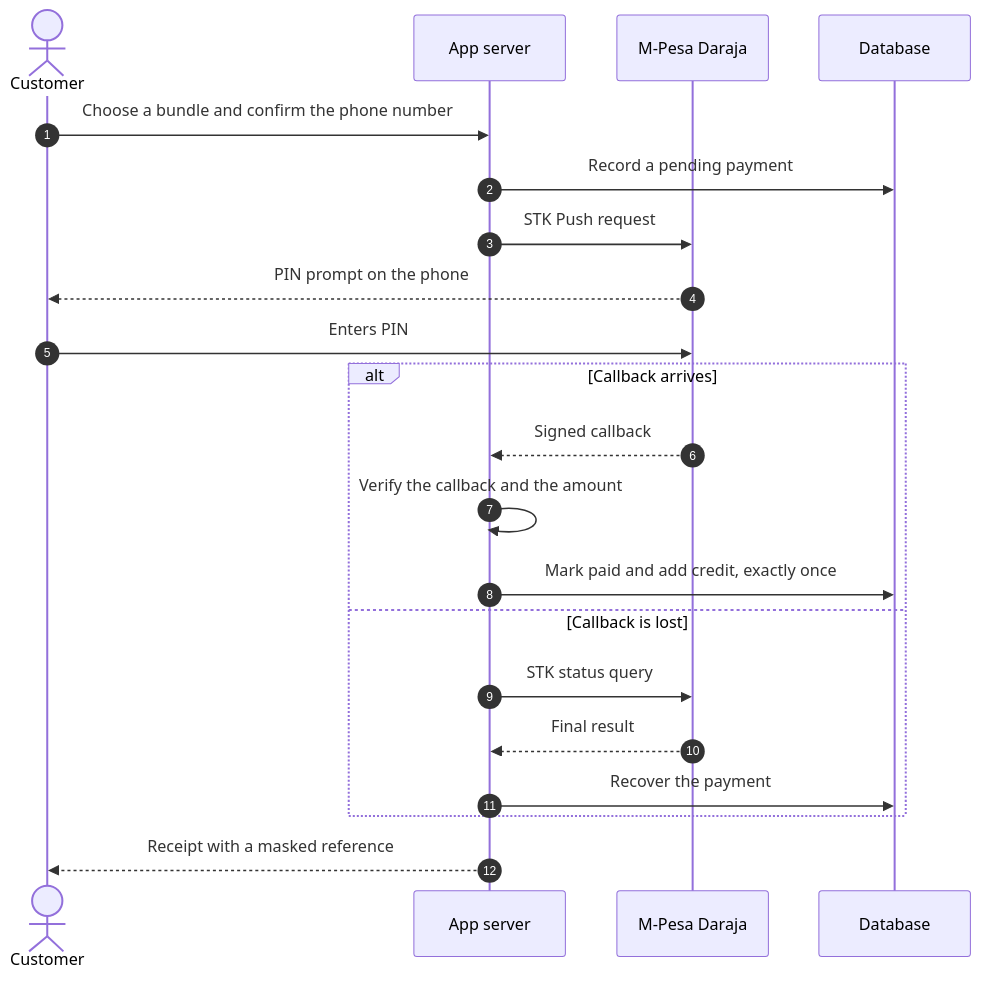
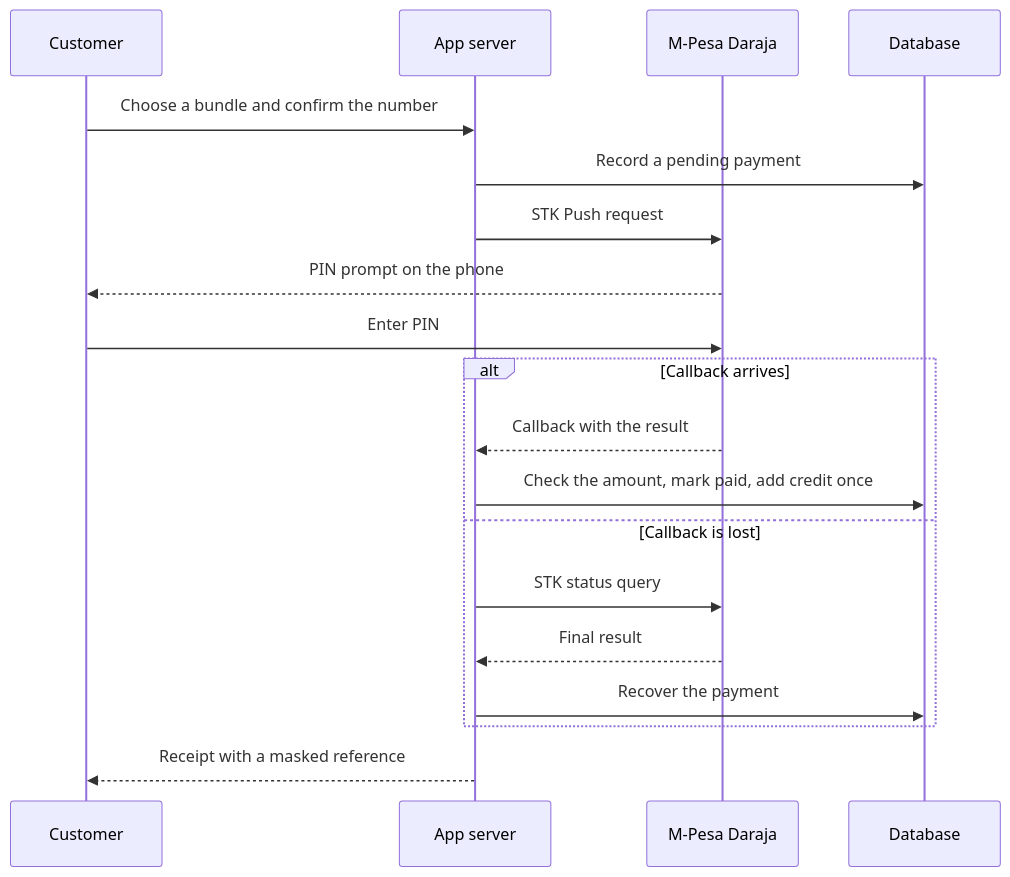
The fourth of 4 diagrams in README.md (MWANZIAMUTINDA/MWANZIAMUTINDA), drawn with Mermaid before and after one commit. The commit also changed other lines of this file, not shown here.

Commit message:
docs: simplify the payment diagram and steady the stats card

````diff
--- a/README.md
+++ b/README.md
@@ -115,23 +115,21 @@
 ```mermaid
 sequenceDiagram
-    autonumber
-    actor U as Customer
+    participant U as Customer
     participant A as App server
-    participant D as M-Pesa Daraja
-    participant DB as Database
-    U->>A: Choose a bundle and confirm the phone number
-    A->>DB: Record a pending payment
-    A->>D: STK Push request
-    D-->>U: PIN prompt on the phone
-    U->>D: Enters PIN
+    participant M as M-Pesa Daraja
+    participant S as Database
+    U->>A: Choose a bundle and confirm the number
+    A->>S: Record a pending payment
+    A->>M: STK Push request
+    M-->>U: PIN prompt on the phone
+    U->>M: Enter PIN
     alt Callback arrives
-        D-->>A: Signed callback
-        A->>A: Verify the callback and the amount
-        A->>DB: Mark paid and add credit, exactly once
+        M-->>A: Callback with the result
+        A->>S: Check the amount, mark paid, add credit once
     else Callback is lost
-        A->>D: STK status query
-        D-->>A: Final result
-        A->>DB: Recover the payment
+        A->>M: STK status query
+        M-->>A: Final result
+        A->>S: Recover the payment
     end
     A-->>U: Receipt with a masked reference
 ```
````
